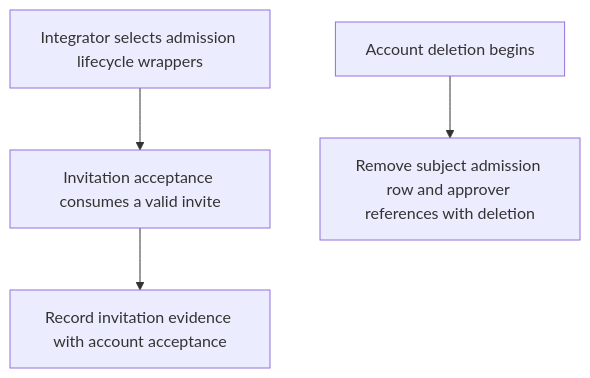
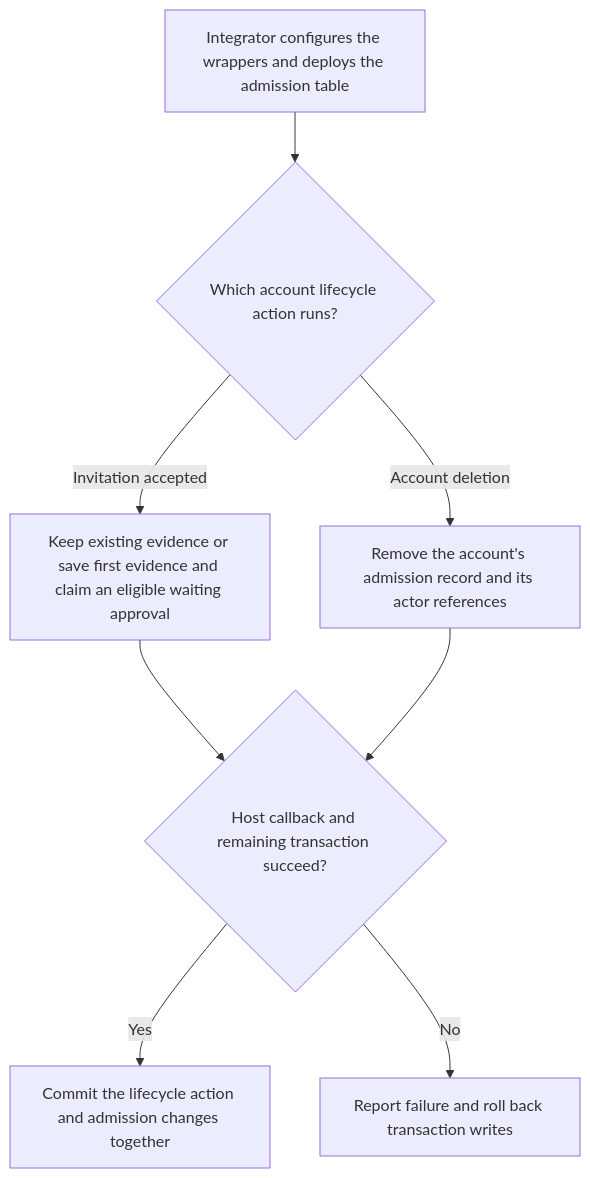
One commit to Kevinjohn/oss-adonisjs-account-kit changed the first of 2 diagrams in user-stories/US-ACCOUNT-51-configure-admission-hooks.md. Above: the diagram before and after it, drawn with Mermaid. The commit also changed other lines of this file and 70 other files, not shown here.

````diff
--- a/user-stories/US-ACCOUNT-51-configure-admission-hooks.md
+++ b/user-stories/US-ACCOUNT-51-configure-admission-hooks.md
@@ -19,6 +20,10 @@
 ```mermaid
 flowchart TD
- A["Integrator selects admission lifecycle wrappers"] --> B["Invitation acceptance consumes a valid invite"]
- B --> C["Record invitation evidence with account acceptance"]
- D["Account deletion begins"] --> E["Remove subject admission row and approver references with deletion"]
+ A["Integrator configures the wrappers and deploys the admission table"] --> B{"Which account lifecycle action runs?"}
+ B -->|Invitation accepted| C["Keep existing evidence or save first evidence and claim an eligible waiting approval"]
+ B -->|Account deletion| D["Remove the account's admission record and its actor references"]
+ C --> E{"Host callback and remaining transaction succeed?"}
+ D --> E
+ E -->|Yes| F["Commit the lifecycle action and admission changes together"]
+ E -->|No| G["Report failure and roll back transaction writes"]
 ```
````
